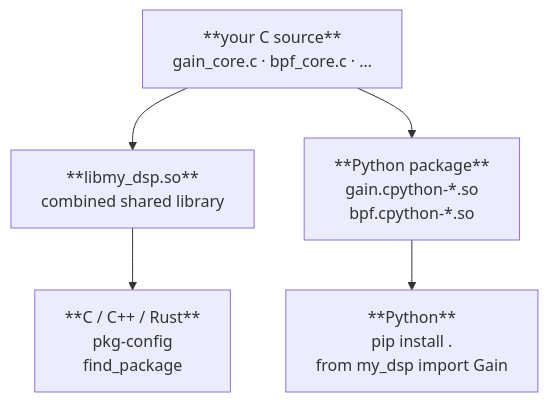
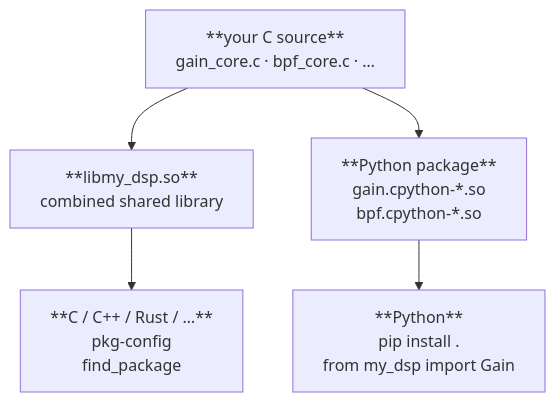
Before and after one commit to just-buildit/just-makeit: the diagram in docs/workflow.md, drawn with Mermaid. The commit also changed other lines of this file and 23 other files, not shown here.

````diff
--- a/docs/workflow.md
+++ b/docs/workflow.md
@@ -12,10 +12,10 @@
 ```mermaid
 flowchart TD
     SRC["**your C source**\ngain_core.c · bpf_core.c · …"]
 
     SRC --> CLIB["**libmy_dsp.so**\ncombined shared library"]
     SRC --> PY["**Python package**\ngain.cpython-*.so\nbpf.cpython-*.so"]
 
-    CLIB --> C["**C / C++ / Rust**\npkg-config\nfind_package"]
+    CLIB --> C["**C / C++ / Rust / …**\npkg-config\nfind_package"]
     PY   --> PYUSER["**Python**\npip install .\nfrom my_dsp import Gain"]
 ```
````
